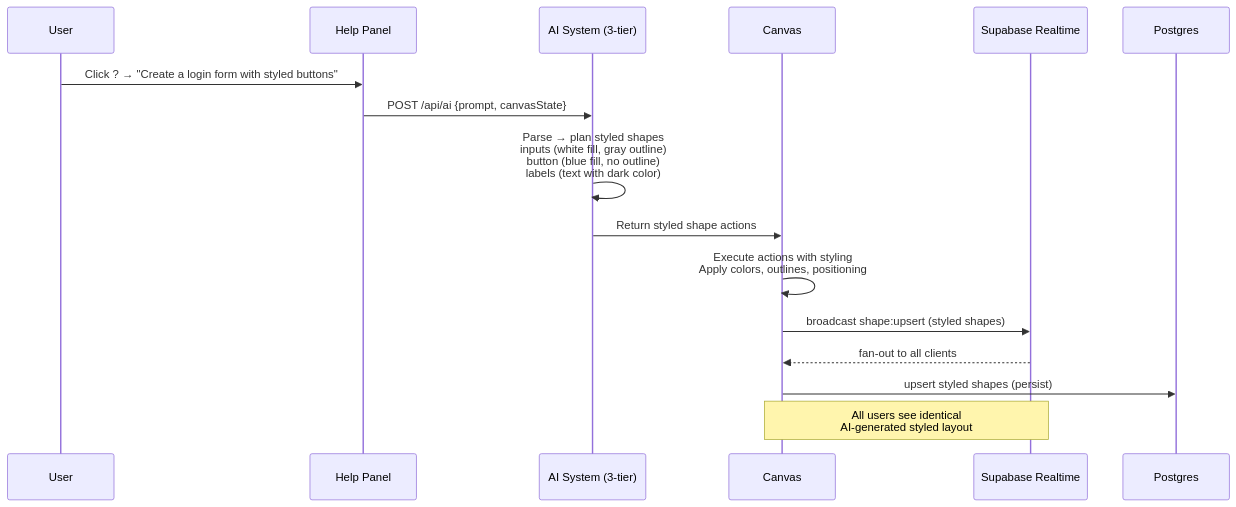
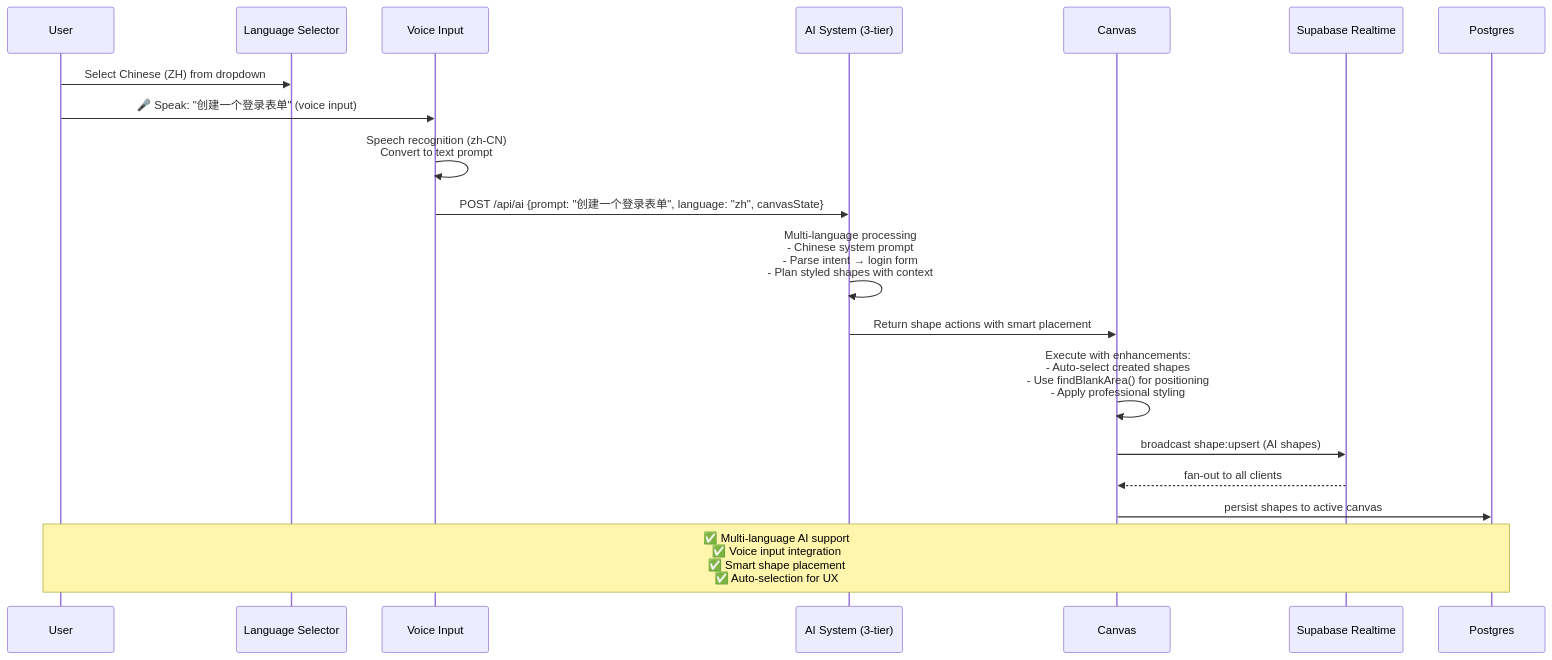
One commit to mdayku/collabcanvas changed the fifth of 8 diagrams in architecture_mermaid.md. Above: the diagram before and after it, drawn with Mermaid. The commit also changed other lines of this file and 15 other files, not shown here.

First line of the commit message:
Add auto-save and recovery system

````diff
--- a/architecture_mermaid.md
+++ b/architecture_mermaid.md
@@ -197,19 +212,25 @@
 ```mermaid
   sequenceDiagram
   participant U as User
-  participant HELP as Help Panel
+  participant LANG as Language Selector
+  participant VOICE as Voice Input
   participant AI as AI System (3-tier)
   participant CANVAS as Canvas
   participant RT as Supabase Realtime
   participant DB as Postgres
 
-  U->>HELP: Click ? → "Create a login form with styled buttons"
-  HELP->>AI: POST /api/ai {prompt, canvasState}
-  AI->>AI: Parse → plan styled shapes<br/>inputs (white fill, gray outline)<br/>button (blue fill, no outline)<br/>labels (text with dark color)
-  AI->>CANVAS: Return styled shape actions
-  CANVAS->>CANVAS: Execute actions with styling<br/>Apply colors, outlines, positioning
-  CANVAS->>RT: broadcast shape:upsert (styled shapes)
+  U->>LANG: Select Chinese (ZH) from dropdown
+  U->>VOICE: 🎤 Speak: "创建一个登录表单" (voice input)
+  VOICE->>VOICE: Speech recognition (zh-CN)<br/>Convert to text prompt
+  VOICE->>AI: POST /api/ai {prompt: "创建一个登录表单", language: "zh", canvasState}
+  
+  AI->>AI: Multi-language processing<br/>- Chinese system prompt<br/>- Parse intent → login form<br/>- Plan styled shapes with context
+  
+  AI->>CANVAS: Return shape actions with smart placement
+  CANVAS->>CANVAS: Execute with enhancements:<br/>- Auto-select created shapes<br/>- Use findBlankArea() for positioning<br/>- Apply professional styling
+  CANVAS->>RT: broadcast shape:upsert (AI shapes)
   RT-->>CANVAS: fan-out to all clients
-  CANVAS->>DB: upsert styled shapes (persist)
-  Note over CANVAS,RT: All users see identical<br/>AI-generated styled layout
+  CANVAS->>DB: persist shapes to active canvas
+  
+  Note over U,DB: ✅ Multi-language AI support<br/>✅ Voice input integration<br/>✅ Smart shape placement<br/>✅ Auto-selection for UX
 ```
````
